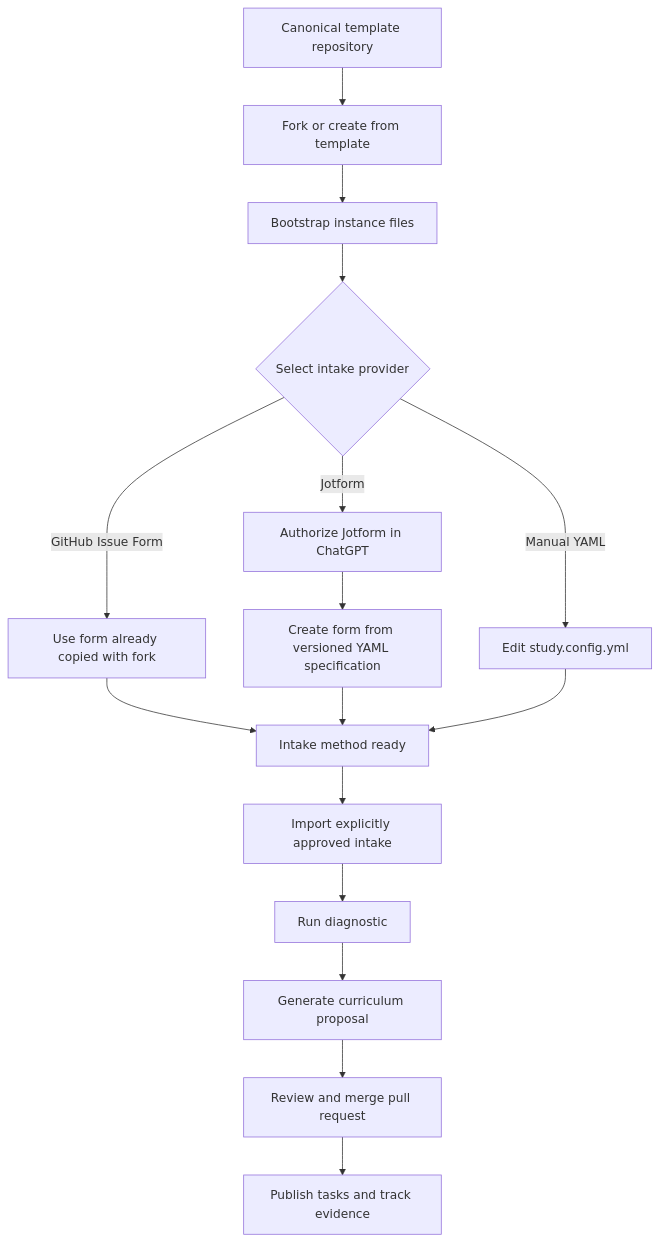
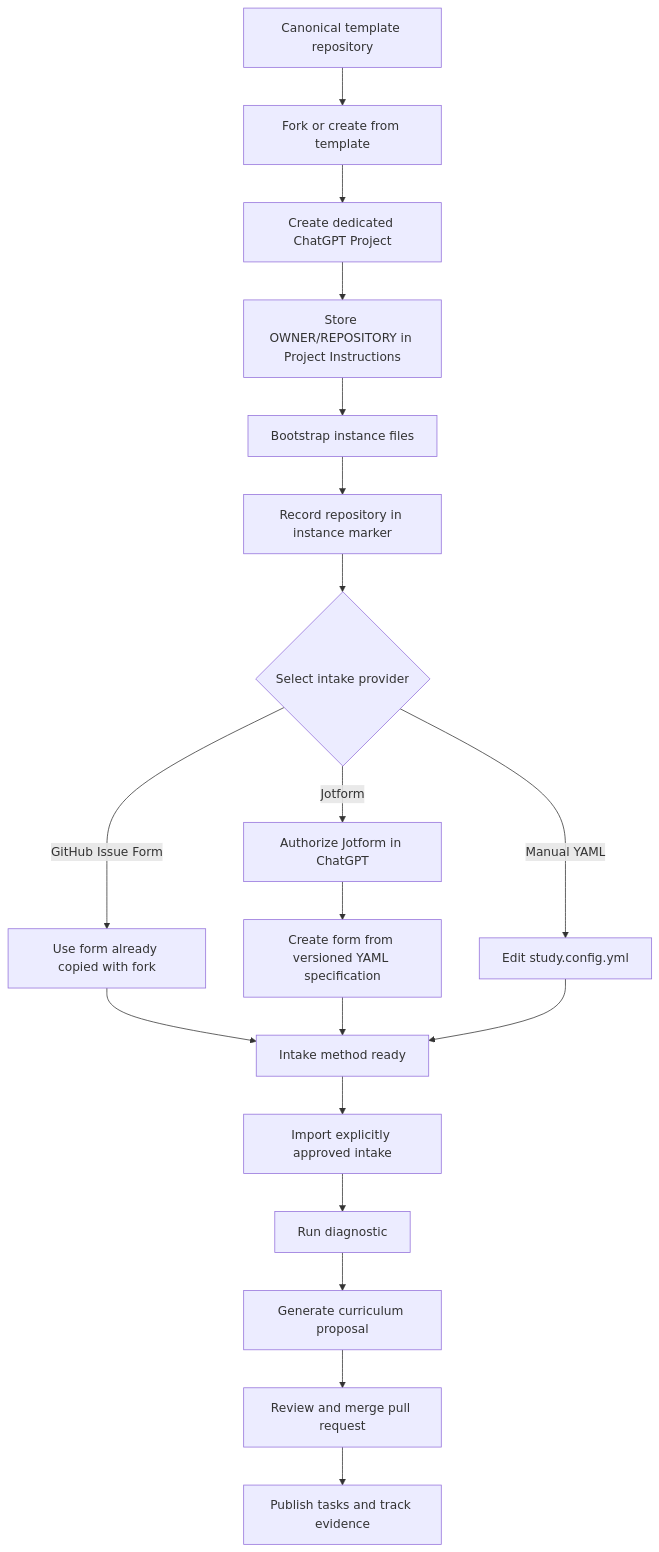
The diagram in docs/template-lifecycle.md (diegomoura/open-study-path), drawn with Mermaid before and after one commit. The commit also changed other lines of this file, not shown here.

Commit message:
docs: add ChatGPT Project to template lifecycle

````diff
--- a/docs/template-lifecycle.md
+++ b/docs/template-lifecycle.md
@@ -5,18 +5,21 @@
 ```mermaid
 flowchart TD
     T[Canonical template repository] --> F[Fork or create from template]
-    F --> B[Bootstrap instance files]
-    B --> P{Select intake provider}
+    F --> CP[Create dedicated ChatGPT Project]
+    CP --> PI[Store OWNER/REPOSITORY in Project Instructions]
+    PI --> B[Bootstrap instance files]
+    B --> IM[Record repository in instance marker]
+    IM --> P{Select intake provider}
     P -->|GitHub Issue Form| GI[Use form already copied with fork]
     P -->|Jotform| JA[Authorize Jotform in ChatGPT]
     JA --> JC[Create form from versioned YAML specification]
     P -->|Manual YAML| MY[Edit study.config.yml]
     GI --> R[Intake method ready]
     JC --> R
     MY --> R
     R --> I[Import explicitly approved intake]
     I --> D[Run diagnostic]
     D --> G[Generate curriculum proposal]
     G --> PR[Review and merge pull request]
     PR --> X[Publish tasks and track evidence]
 ```
````
